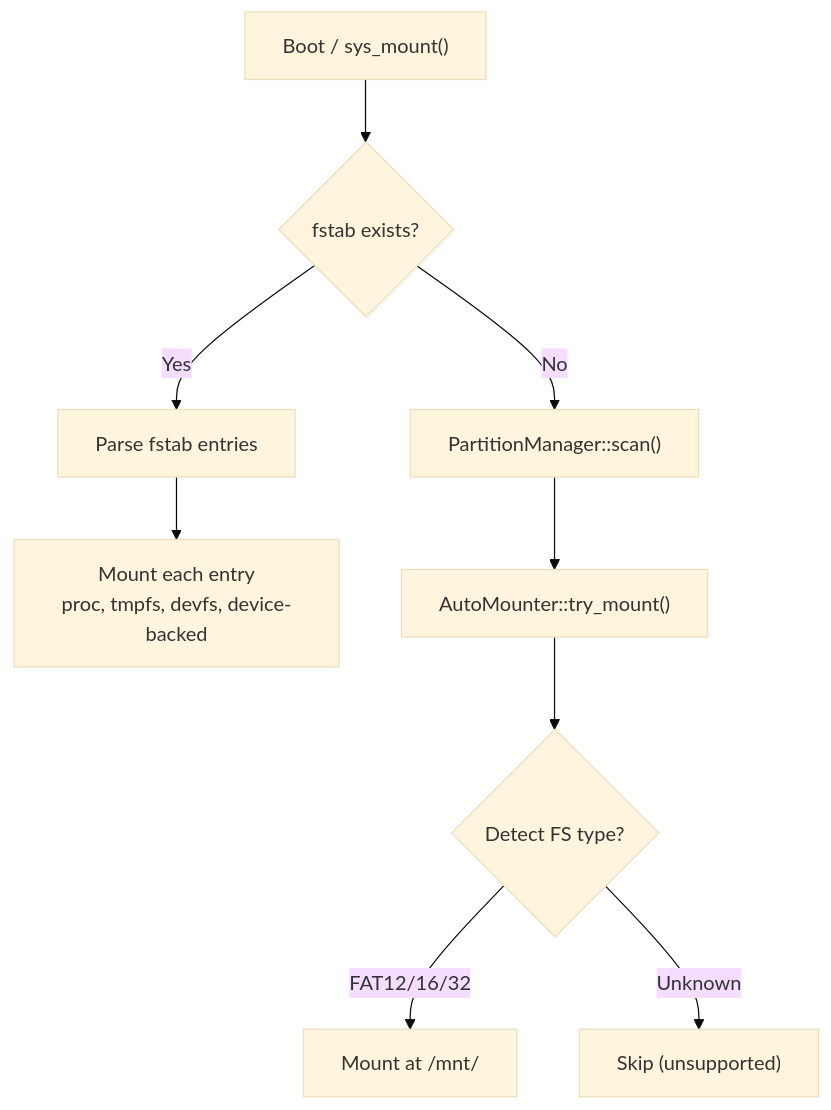
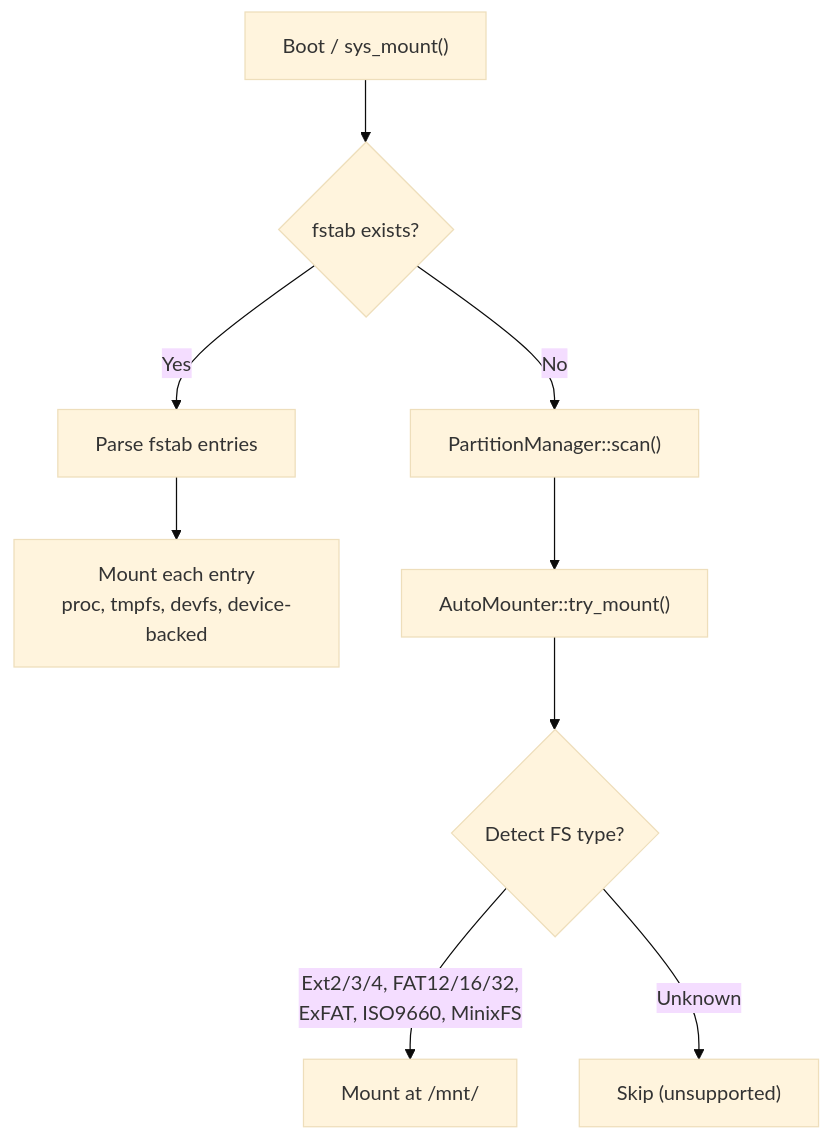
The fourth of 4 diagrams in Docs/Domains/vfs-architecture.md (KitsuneBSD/FKernel), drawn with Mermaid (base theme) before and after one commit. The commit also changed other lines of this file and 25 other files, not shown here.

````diff
--- a/Docs/Domains/vfs-architecture.md
+++ b/Docs/Domains/vfs-architecture.md
@@ -134,20 +174,20 @@
 ```mermaid
 flowchart TD
     BOOT["Boot / sys_mount()"]
     FSTAB{fstab exists?}
     PARSE_FSTAB["Parse fstab entries"]
     MOUNT_ENTRY["Mount each entry<br/>proc, tmpfs, devfs, device-backed"]
     SCAN["PartitionManager::scan()"]
     TRY["AutoMounter::try_mount()"]
     DETECT{Detect FS type?}
     MOUNT["Mount at /mnt/<device_name>"]
     SKIP_FS["Skip (unsupported)"]
 
     BOOT --> FSTAB
     FSTAB -->|Yes| PARSE_FSTAB --> MOUNT_ENTRY
     FSTAB -->|No| SCAN
     SCAN --> TRY
     TRY --> DETECT
-    DETECT -->|FAT12/16/32| MOUNT
+    DETECT -->|Ext2/3/4, FAT12/16/32,<br/>ExFAT, ISO9660, MinixFS| MOUNT
     DETECT -->|Unknown| SKIP_FS
 ```
````
